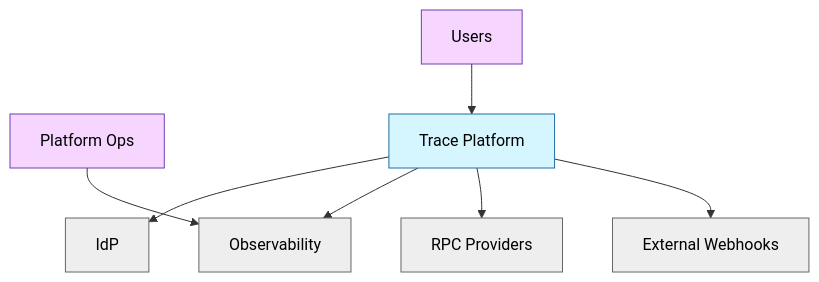
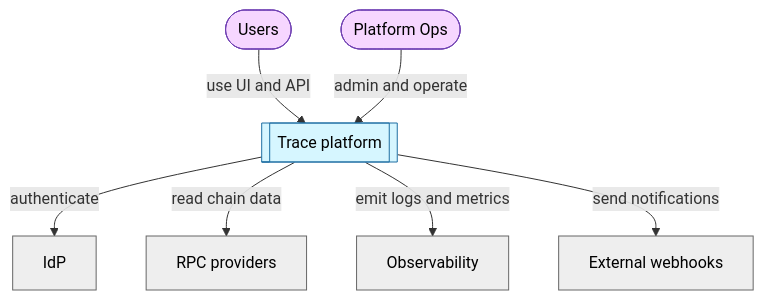
Before and after one commit to c7121/trace: the first of 2 diagrams in docs/architecture/c4.md, drawn with Mermaid. The commit also changed other lines of this file and 3 other files, not shown here.

````diff
--- a/docs/architecture/c4.md
+++ b/docs/architecture/c4.md
@@ -12,21 +12,23 @@
 ```mermaid
 flowchart TB
-    users["Users"]:::person
-    ops["Platform Ops"]:::person
-    idp["IdP"]:::ext
-    trace["Trace Platform"]:::system
-    rpc["RPC Providers"]:::ext
-    obs["Observability"]:::ext
-    webhooks["External Webhooks"]:::ext
+    users([Users]):::person
+    ops([Platform Ops]):::person
 
-    users --> trace
-    trace --> idp
-    trace --> obs
-    ops --> obs
-    trace --> rpc
-    trace --> webhooks
+    trace[[Trace platform]]:::system
+
+    idp[IdP]:::ext
+    rpc[RPC providers]:::ext
+    obs[Observability]:::ext
+    webhooks[External webhooks]:::ext
+
+    users -->|use UI and API| trace
+    ops -->|admin and operate| trace
+    trace -->|authenticate| idp
+    trace -->|read chain data| rpc
+    trace -->|emit logs and metrics| obs
+    trace -->|send notifications| webhooks
 
     classDef person fill:#f6d6ff,stroke:#6f3fb3,color:#000;
     classDef system fill:#d6f6ff,stroke:#1f6fa3,color:#000;
     classDef ext fill:#eee,stroke:#666,color:#000;
 ```
````
